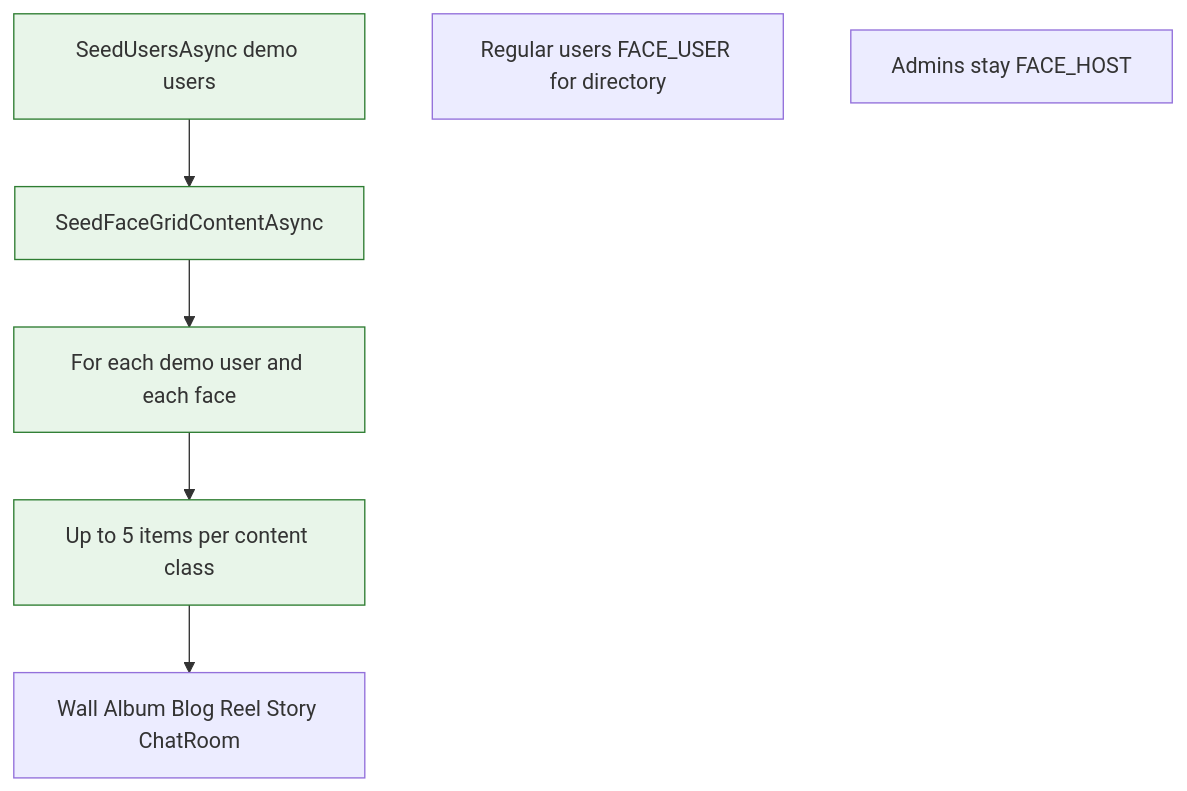
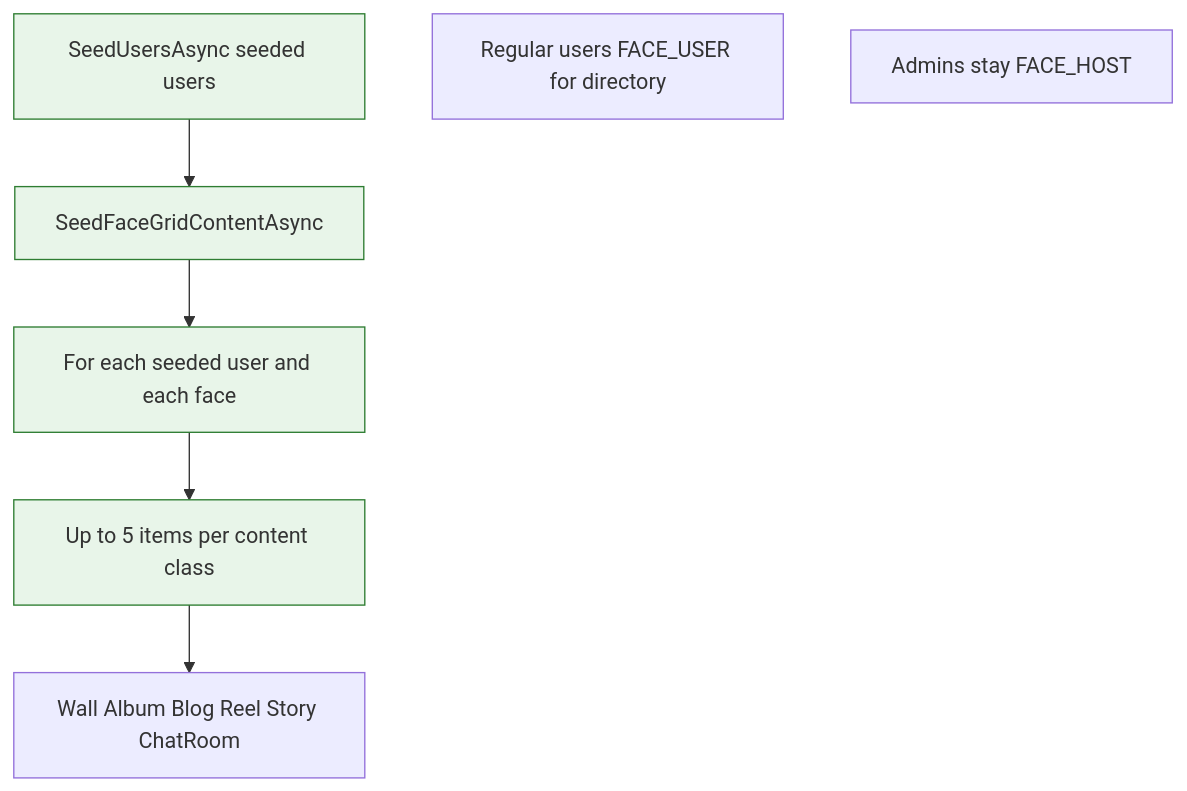
The sixth of 6 diagrams in docs/guides/development.md (01laky/mfai_demo), drawn with Mermaid before and after one commit. The commit also changed other lines of this file and 30 other files, not shown here.

````diff
--- a/docs/guides/development.md
+++ b/docs/guides/development.md
@@ -303,17 +303,17 @@
 ```mermaid
 flowchart TB
-  Users[SeedUsersAsync demo users]
+  Users[SeedUsersAsync seeded users]
   Grid[SeedFaceGridContentAsync]
-  Loop[For each demo user and each face]
+  Loop[For each seeded user and each face]
   Five[Up to 5 items per content class]
   Classes[Wall Album Blog Reel Story ChatRoom]
   Users --> Grid
   Grid --> Loop
   Loop --> Five
   Five --> Classes
   Note1[Regular users FACE_USER for directory]
   Note2[Admins stay FACE_HOST]
 
   classDef dbFill fill:#e8f5e9,stroke:#2e7d32
   class Users,Grid,Loop,Five dbFill
 ```
````
